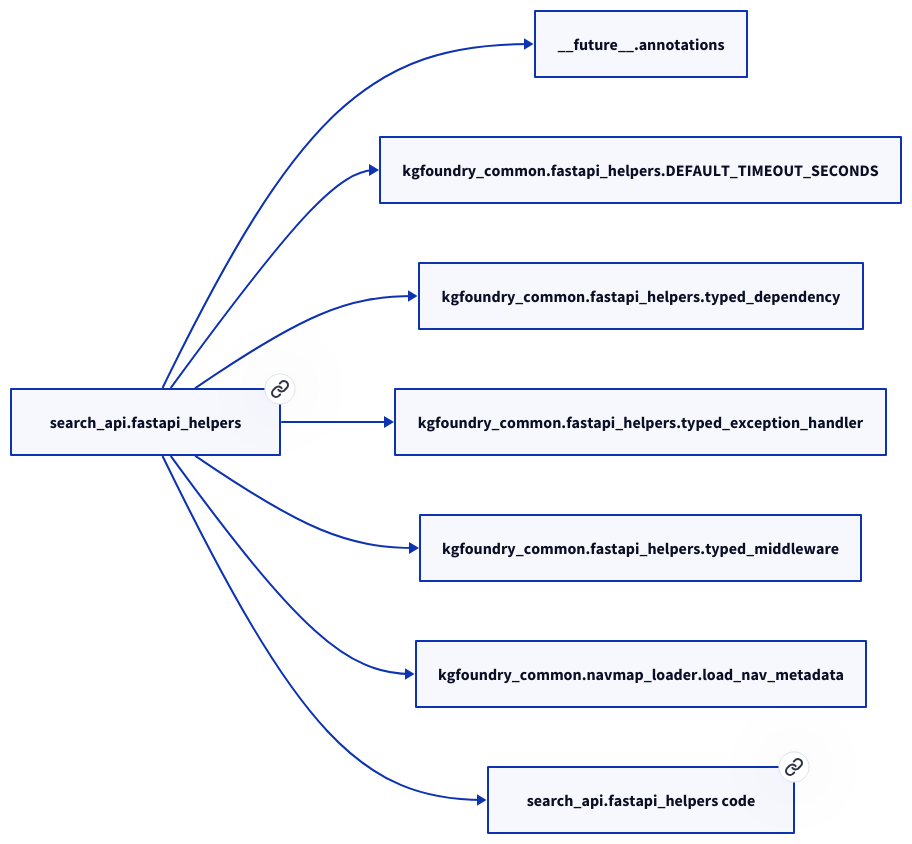
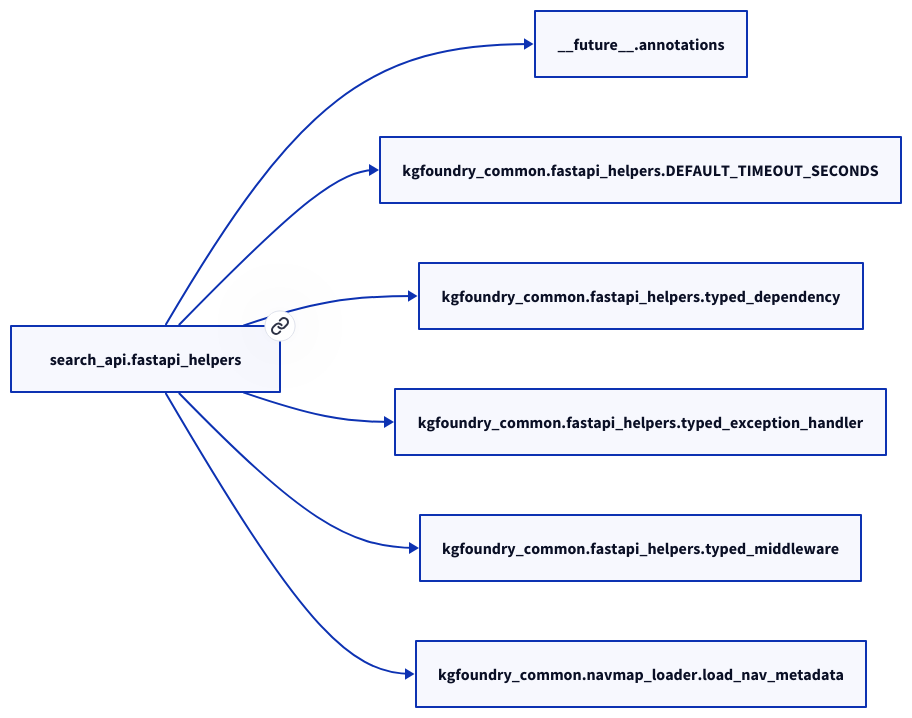
One commit to paul-heyse/kgforge changed the diagram in docs/modules/search_api/fastapi_helpers.md. Above: the diagram before and after it, drawn with D2. The commit also changed other lines of this file and 118 other files, not shown here.

````diff
--- a/docs/modules/search_api/fastapi_helpers.md
+++ b/docs/modules/search_api/fastapi_helpers.md
@@ -17,18 +15,16 @@
 ```d2
 direction: right
-"search_api.fastapi_helpers": "search_api.fastapi_helpers" { link: "./search_api/fastapi_helpers.md" }
+"search_api.fastapi_helpers": "search_api.fastapi_helpers" { link: "fastapi_helpers.md" }
 "__future__.annotations": "__future__.annotations"
 "search_api.fastapi_helpers" -> "__future__.annotations"
 "kgfoundry_common.fastapi_helpers.DEFAULT_TIMEOUT_SECONDS": "kgfoundry_common.fastapi_helpers.DEFAULT_TIMEOUT_SECONDS"
 "search_api.fastapi_helpers" -> "kgfoundry_common.fastapi_helpers.DEFAULT_TIMEOUT_SECONDS"
 "kgfoundry_common.fastapi_helpers.typed_dependency": "kgfoundry_common.fastapi_helpers.typed_dependency"
 "search_api.fastapi_helpers" -> "kgfoundry_common.fastapi_helpers.typed_dependency"
 "kgfoundry_common.fastapi_helpers.typed_exception_handler": "kgfoundry_common.fastapi_helpers.typed_exception_handler"
 "search_api.fastapi_helpers" -> "kgfoundry_common.fastapi_helpers.typed_exception_handler"
 "kgfoundry_common.fastapi_helpers.typed_middleware": "kgfoundry_common.fastapi_helpers.typed_middleware"
 "search_api.fastapi_helpers" -> "kgfoundry_common.fastapi_helpers.typed_middleware"
 "kgfoundry_common.navmap_loader.load_nav_metadata": "kgfoundry_common.navmap_loader.load_nav_metadata"
 "search_api.fastapi_helpers" -> "kgfoundry_common.navmap_loader.load_nav_metadata"
-"search_api.fastapi_helpers_code": "search_api.fastapi_helpers code" { link: "https://github.com/kgfoundry/kgfoundry/blob/main/src/search_api/fastapi_helpers.py" }
-"search_api.fastapi_helpers" -> "search_api.fastapi_helpers_code" { style: dashed }
 ```
````
